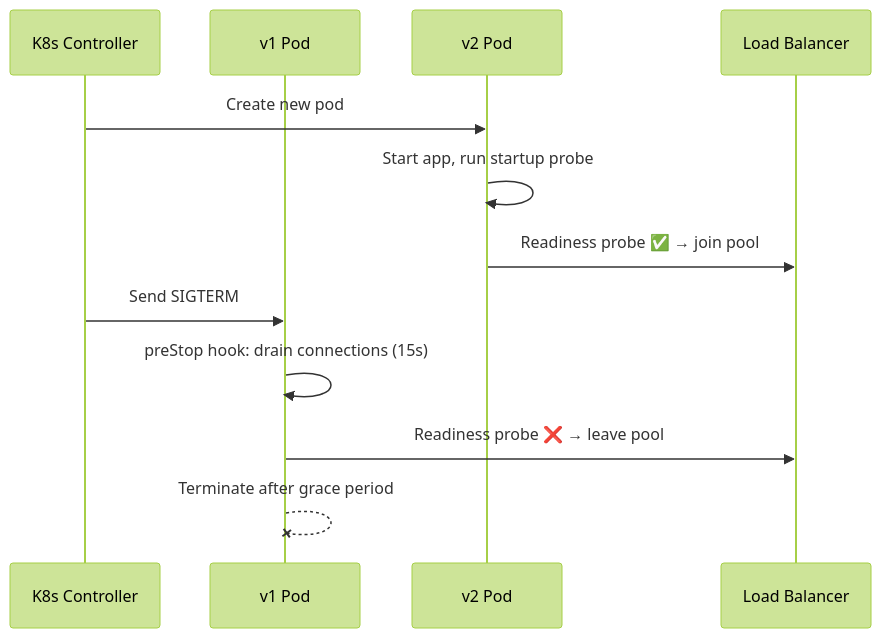
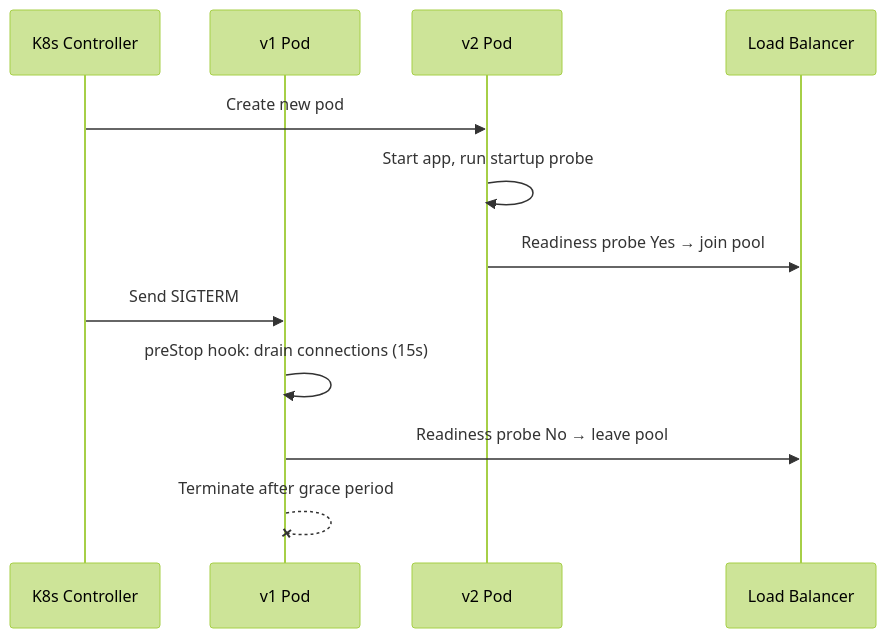
Diagram 12 of 48 in 09-infrastructure/32-cicd-deployment-strategies.md (billywr/system-design), drawn with Mermaid (forest theme) before and after one commit. The commit also changed other lines of this file and 39 other files, not shown here.

````diff
--- a/09-infrastructure/32-cicd-deployment-strategies.md
+++ b/09-infrastructure/32-cicd-deployment-strategies.md
@@ -404,15 +404,15 @@
 ```mermaid
 sequenceDiagram
     participant K8s as K8s Controller
     participant V1 as v1 Pod
     participant V2 as v2 Pod
     participant LB as Load Balancer
 
     K8s->>V2: Create new pod
     V2->>V2: Start app, run startup probe
-    V2->>LB: Readiness probe ✅ → join pool
+    V2->>LB: Readiness probe Yes → join pool
     K8s->>V1: Send SIGTERM
     V1->>V1: preStop hook: drain connections (15s)
-    V1->>LB: Readiness probe ❌ → leave pool
+    V1->>LB: Readiness probe No → leave pool
     V1--xV1: Terminate after grace period
 ```
````
